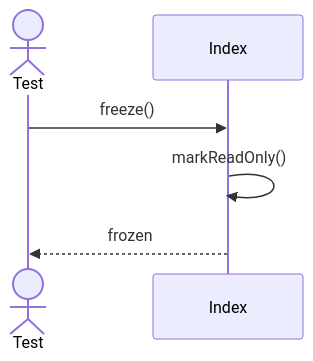
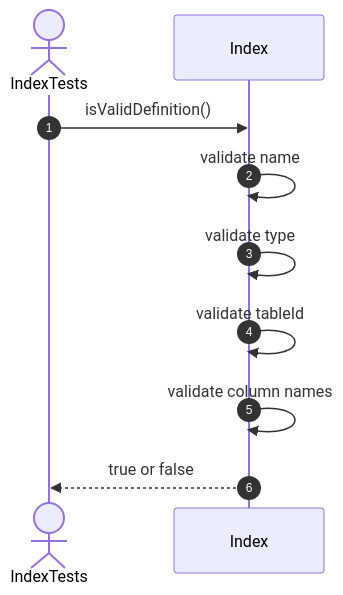
Diagram 15 of 15 in src/tests/unit/metadata/sequences/indexs-testing.se.md (FhuAnn/-bbv-AN-s-DBMS), drawn with Mermaid before and after one commit. The commit also changed other lines of this file and 60 other files, not shown here.

Commit message:
refactor data table, row, column, constraint, index test file

````diff
--- a/src/tests/unit/metadata/sequences/indexs-testing.se.md
+++ b/src/tests/unit/metadata/sequences/indexs-testing.se.md
@@ -353,9 +247,13 @@
 ```mermaid
 sequenceDiagram
-actor Test
-participant Index
+    autonumber
+    actor Test as IndexTests
+    participant Index as Index
 
-Test->>Index: freeze()
-Index->>Index: markReadOnly()
-Index-->>Test: frozen
+    Test->>Index: isValidDefinition()
+    Index->>Index: validate name
+    Index->>Index: validate type
+    Index->>Index: validate tableId
+    Index->>Index: validate column names
+    Index-->>Test: true or false
 ```
````
